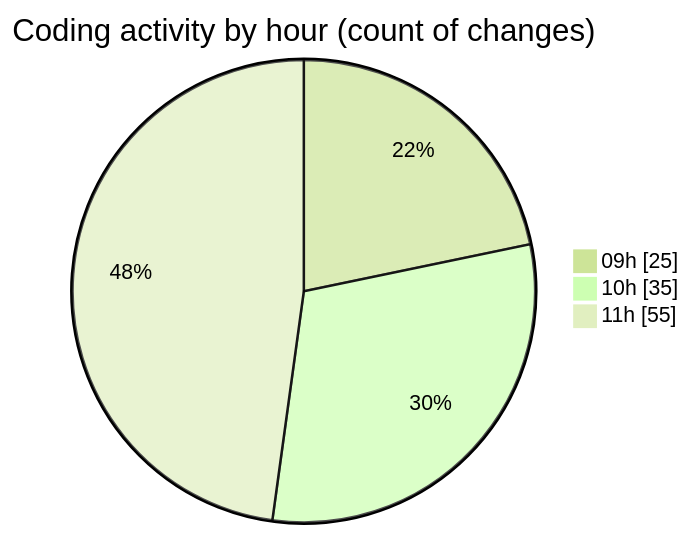
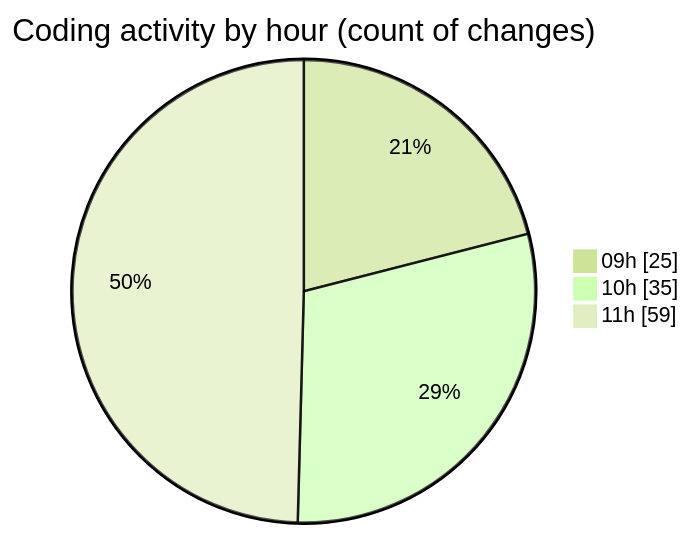
Before and after one commit to momahboobian/code-tracking: the second of 2 diagrams in 2025-08-22/cda/README.md, drawn with Mermaid (forest theme). The commit also changed other lines of this file and 1 other file, not shown here.

````diff
--- a/2025-08-22/cda/README.md
+++ b/2025-08-22/cda/README.md
@@ -48,7 +48,7 @@
 ```mermaid
 pie showData
 title Coding activity by hour (count of changes)
 "09h" : 25
 "10h" : 35
-"11h" : 55
+"11h" : 59
 ```
````
